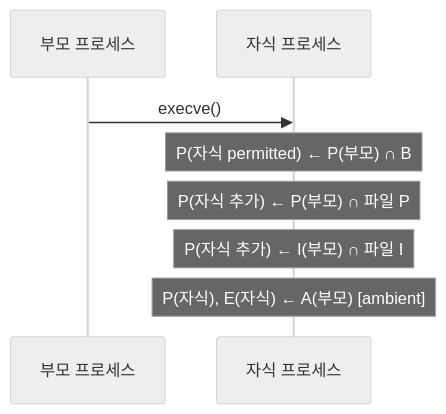
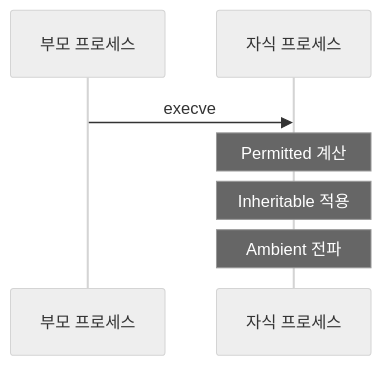
Before and after one commit to moonblueblue/devops-wiki: the first of 2 diagrams in content/linux/linux-security/linux-capabilities.md, drawn with Mermaid (neutral theme). The commit also changed other lines of this file and 37 other files, not shown here.

First line of the commit message:
style: linux 카테고리 ASCII 도표·Mermaid 라벨 형식 교정

````diff
--- a/content/linux/linux-security/linux-capabilities.md
+++ b/content/linux/linux-security/linux-capabilities.md
@@ -36,11 +36,10 @@
 ```mermaid
 sequenceDiagram
     participant Parent as 부모 프로세스
     participant Child as 자식 프로세스
 
-    Parent->>Child: execve()
-    Note over Child: P(자식 permitted) ← P(부모) ∩ B
-    Note over Child: P(자식 추가) ← P(부모) ∩ 파일 P
-    Note over Child: P(자식 추가) ← I(부모) ∩ 파일 I
-    Note over Child: P(자식), E(자식) ← A(부모) [ambient]
+    Parent->>Child: execve
+    Note over Child: Permitted 계산
+    Note over Child: Inheritable 적용
+    Note over Child: Ambient 전파
 ```
````
